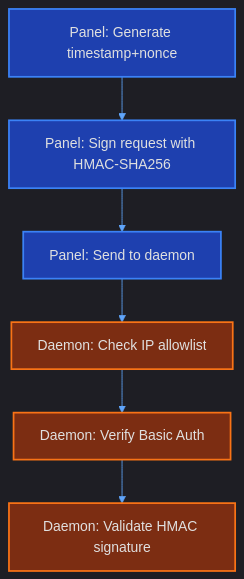
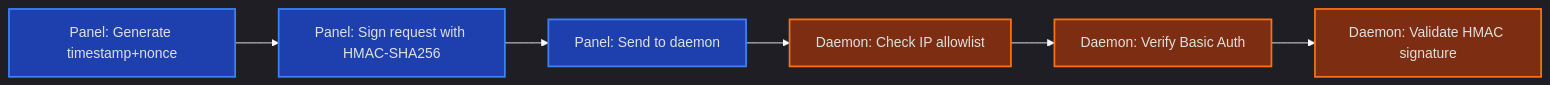
Before and after one commit to airlinklabs/airlinklabs: the diagram in src/content/blog/1.mdx, drawn with Mermaid. The commit also changed 76 other files, not shown here.

First line of the commit message:
feat: docs overhaul — mdx migration, charts, styling, search, mobile nav

````diff
--- a/src/content/blog/1.mdx
+++ b/src/content/blog/1.mdx
@@ -15,16 +15,16 @@
 ```mermaid
-%%{init: {"theme": "dark", "themeVariables": {"primaryColor": "#1e40af", "primaryTextColor": "#e0e0e0", "primaryBorderColor": "#3b82f6", "lineColor": "#60a5fa", "secondaryColor": "#7c2d12", "tertiaryColor": "#1e3a5f", "fontFamily": "ui-monospace, SF Mono, Fira Code, monospace"}} }%%
-flowchart TD
+%%{init: {"theme": "dark", "themeVariables": {"primaryColor": "#333", "primaryTextColor": "#e0e0e0", "primaryBorderColor": "#666", "lineColor": "#fff", "secondaryColor": "#444", "tertiaryColor": "#555", "fontFamily": "ui-monospace, SF Mono, Fira Code, monospace"}} }%%
+flowchart LR
     A["Panel: Generate timestamp+nonce"] --> B["Panel: Sign request with HMAC-SHA256"]
     B --> C["Panel: Send to daemon"]
     C --> D["Daemon: Check IP allowlist"]
     D --> E["Daemon: Verify Basic Auth"]
     E --> F["Daemon: Validate HMAC signature"]
 
     style A fill:#1e40af,stroke:#3b82f6,color:#e0e0e0,stroke-width:2px
     style B fill:#1e40af,stroke:#3b82f6,color:#e0e0e0,stroke-width:2px
     style C fill:#1e40af,stroke:#3b82f6,color:#e0e0e0,stroke-width:2px
     style D fill:#7c2d12,stroke:#f97316,color:#e0e0e0,stroke-width:2px
     style E fill:#7c2d12,stroke:#f97316,color:#e0e0e0,stroke-width:2px
     style F fill:#7c2d12,stroke:#f97316,color:#e0e0e0,stroke-width:2px
 ```
````
